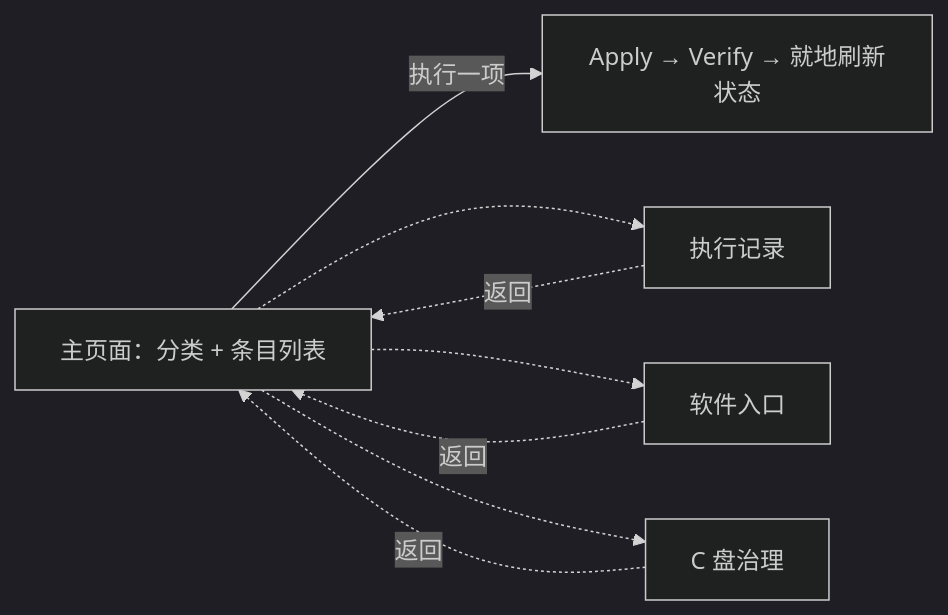
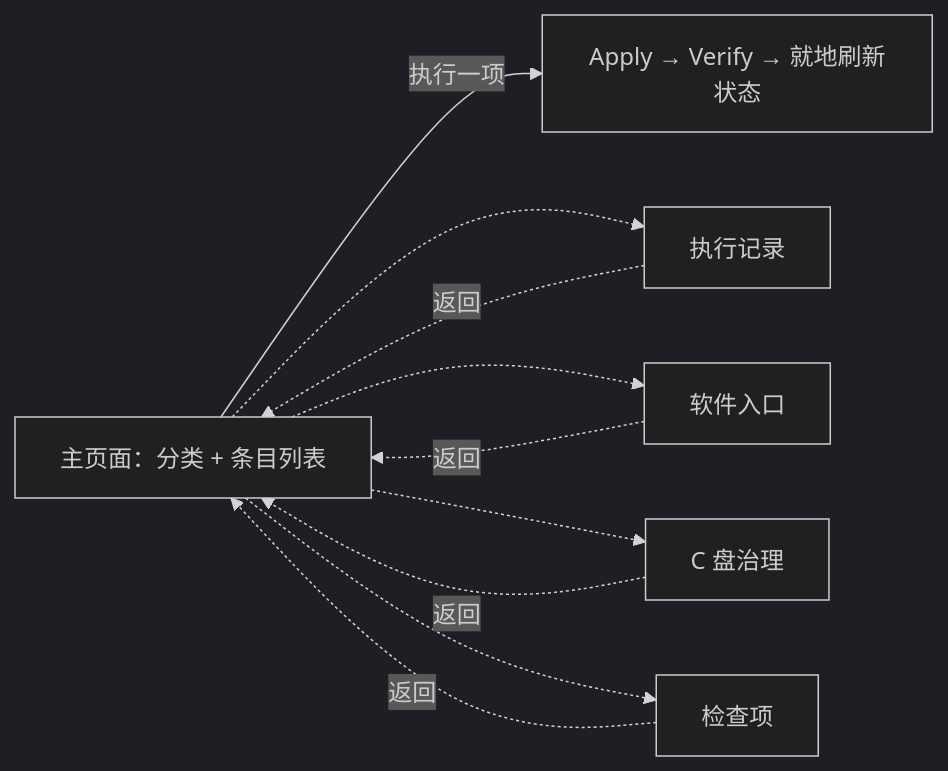
Before and after one commit to CookPiu/WinHomestead: the eighth of 8 diagrams in docs/02-用例与用户流程.md, drawn with Mermaid (dark theme). The commit also changed other lines of this file and 14 other files, not shown here.

````diff
--- a/docs/02-用例与用户流程.md
+++ b/docs/02-用例与用户流程.md
@@ -410,10 +428,12 @@
 ```mermaid
 flowchart LR
   H[主页面：分类 + 条目列表] -->|执行一项| R[Apply → Verify → 就地刷新状态]
   H -.-> S1[执行记录]
   H -.-> S2[软件入口]
   H -.-> S3[C 盘治理]
+  H -.-> S4[检查项]
   S1 -.返回.-> H
   S2 -.返回.-> H
   S3 -.返回.-> H
+  S4 -.返回.-> H
 ```
````
